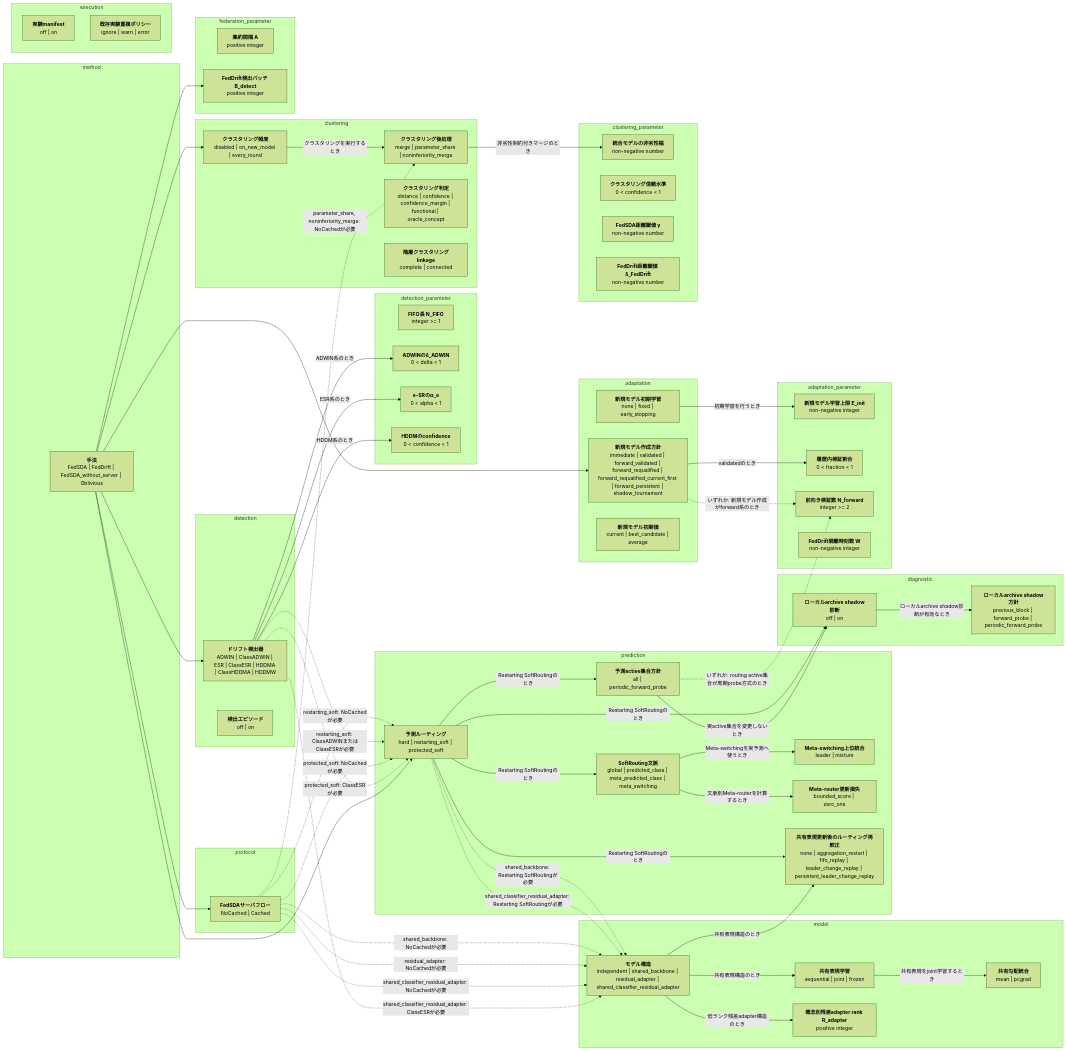
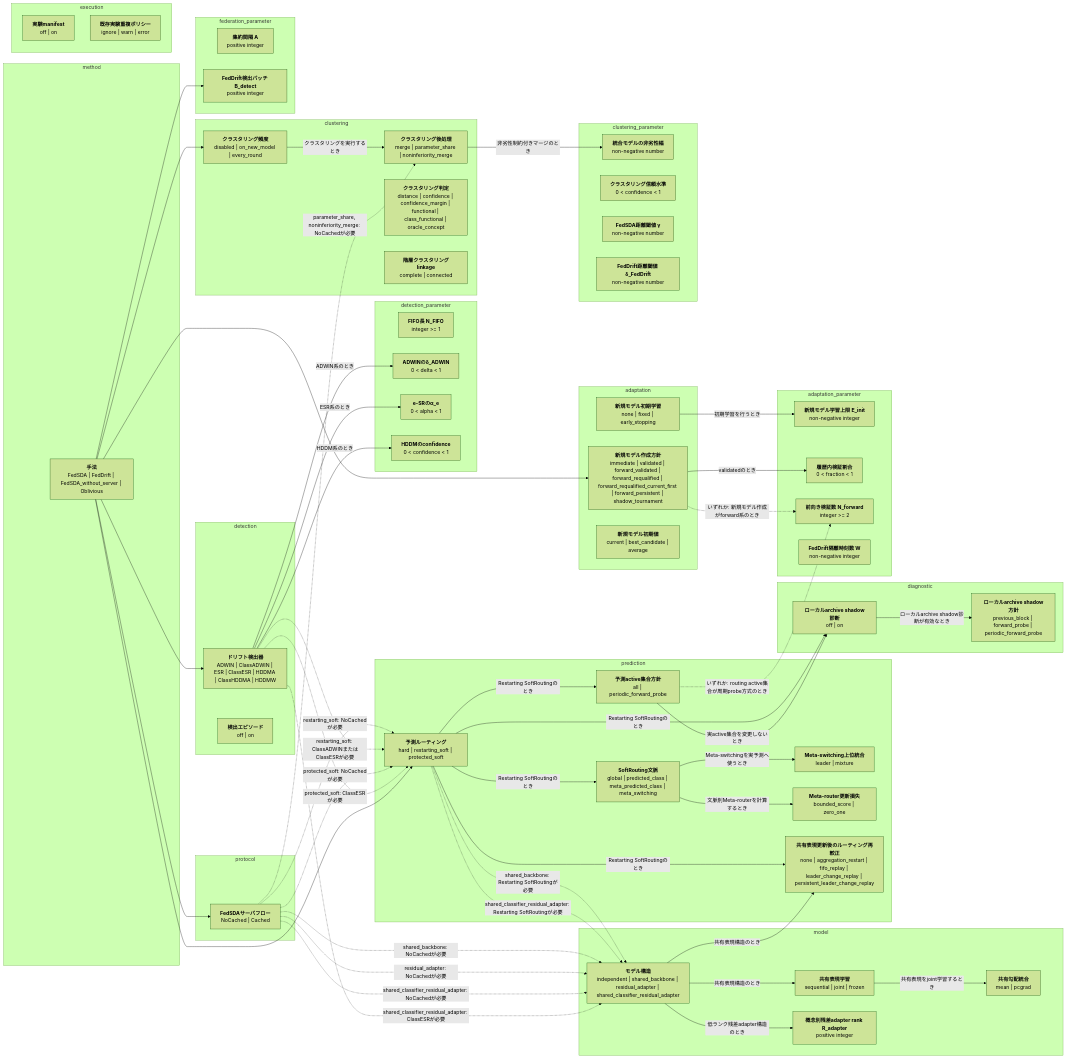
The first of 2 diagrams in docs/options.md (shimmen3141/FedSDA-experiment), drawn with Mermaid (forest theme) before and after one commit. The commit also changed 10 other files, not shown here.

Commit message:
Add class-conditional functional clustering

```diff
--- a/docs/options.md
+++ b/docs/options.md
@@ -65,7 +65,7 @@
   subgraph group_clustering[clustering]
     clustering_policy["<b>クラスタリング頻度</b><br/>disabled | on_new_model | every_round"]
     clustering_consolidation["<b>クラスタリング後処理</b><br/>merge | parameter_share | noninferiority_merge"]
-    clustering_decision["<b>クラスタリング判定</b><br/>distance | confidence | confidence_margin | functional | oracle_concept"]
+    clustering_decision["<b>クラスタリング判定</b><br/>distance | confidence | confidence_margin | functional | class_functional | oracle_concept"]
     cluster_linkage["<b>階層クラスタリングlinkage</b><br/>complete | connected"]
   end
   subgraph group_clustering_parameter[clustering_parameter]
```
